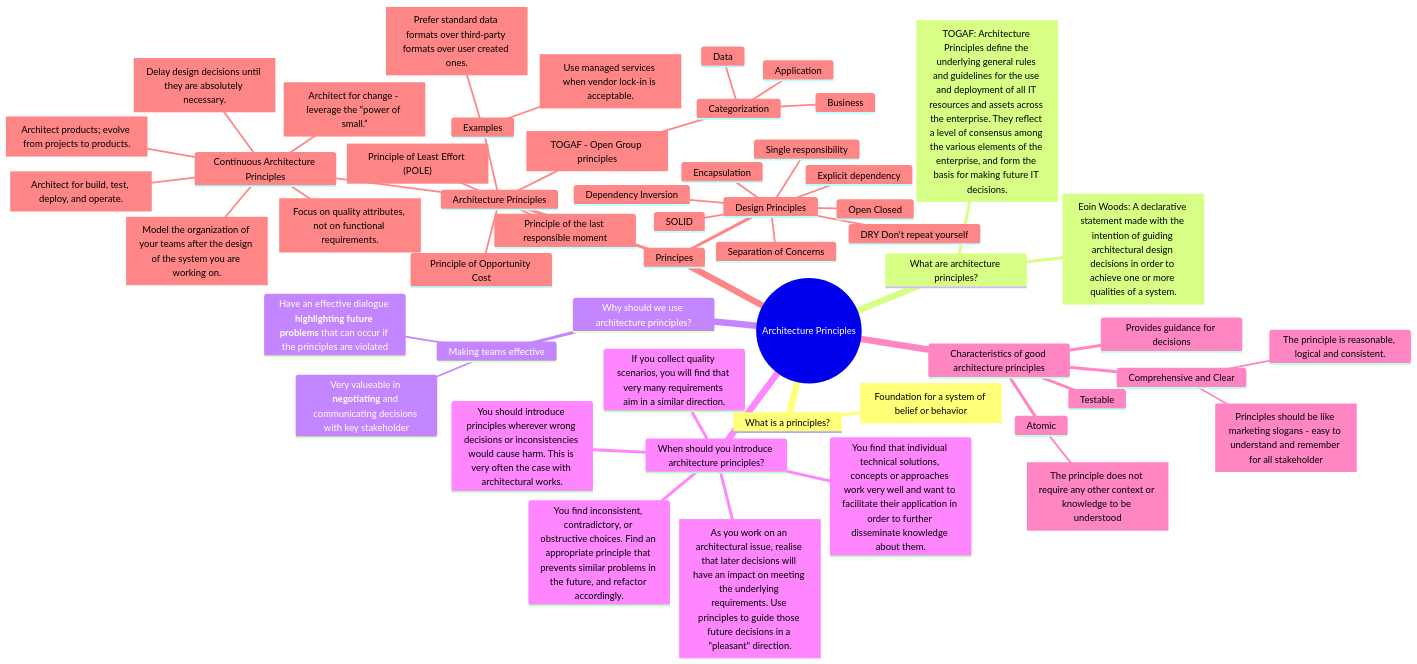
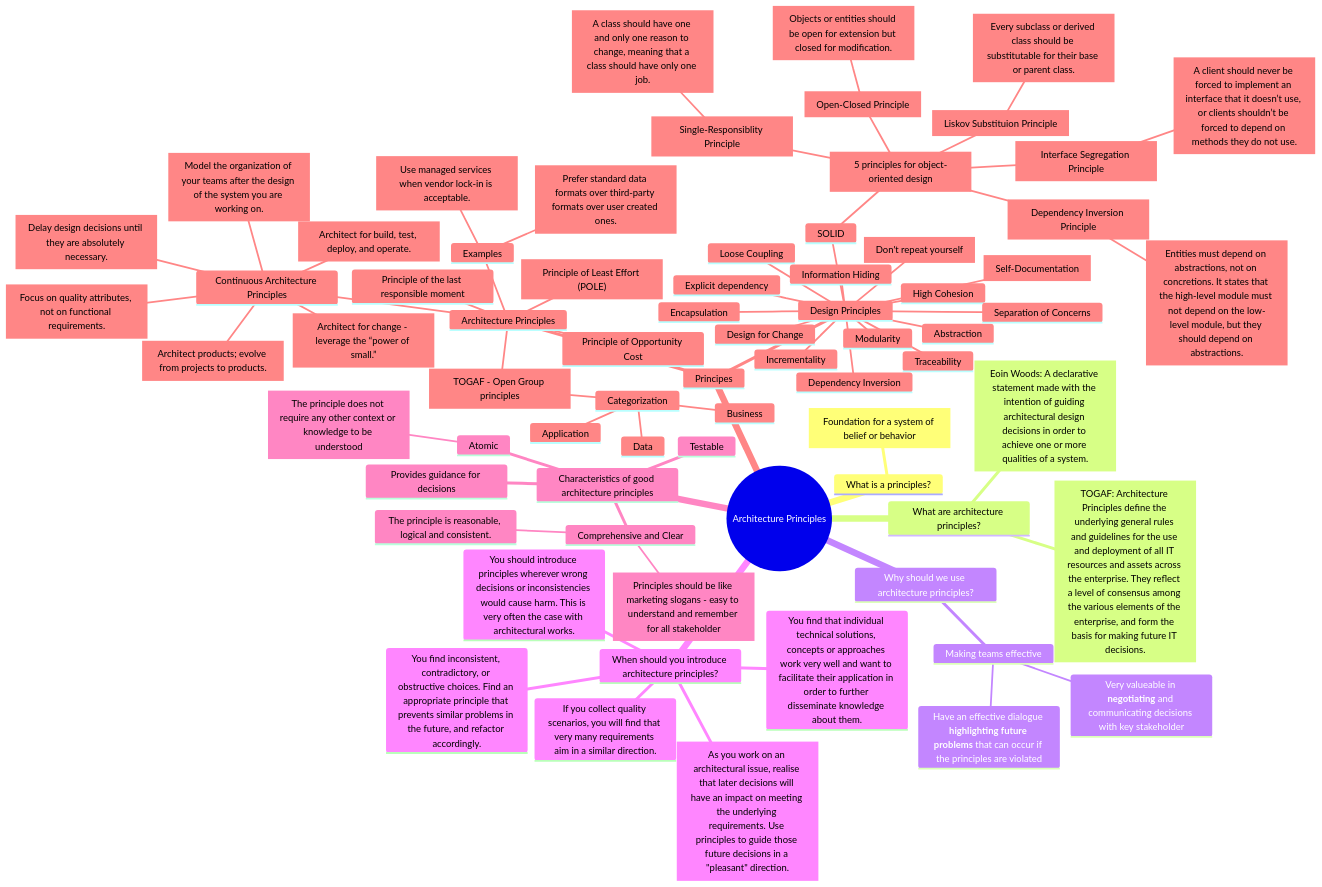
One commit to bitsmuggler/software-architecture-principles changed the diagram in README.md. Above: the diagram before and after it, drawn with Mermaid. The commit also changed other lines of this file, not shown here.

````diff
--- a/README.md
+++ b/README.md
@@ -5,56 +5,74 @@
 ```mermaid
 mindmap
   root((Architecture Principles))
     What is a principles?
         ["Foundation for a system of belief or behavior"]
     What are architecture principles?
         ["Eoin Woods: A declarative statement made with the intention of guiding architectural design decisions in order to achieve one or more qualities of a system."]
         ["TOGAF: Architecture Principles define the underlying general rules and guidelines for the use and deployment of all IT resources and assets across the enterprise. They reflect a level of consensus among the various elements of the enterprise, and form the basis for making future IT decisions."]
     Why should we use architecture principles?
         Making teams effective
             Very valueable in **negotiating** and communicating decisions with key stakeholder
             Have an effective dialogue **highlighting future problems** that can occur if the principles are violated
     When should you introduce architecture principles?
         You should introduce principles wherever wrong decisions or inconsistencies would cause harm. This is very often the case with architectural works.
         You find that individual technical solutions, concepts or approaches work very well and want to facilitate their application in order to further disseminate knowledge about them.
         You find inconsistent, contradictory, or obstructive choices. Find an appropriate principle that prevents similar problems in the future, and refactor accordingly.
         If you collect quality scenarios, you will find that very many requirements aim in a similar direction.
         [As you work on an architectural issue, realise that later decisions will have an impact on meeting the underlying requirements. Use principles to guide those future decisions in a "pleasant" direction.]
     Characteristics of good architecture principles
         Comprehensive and Clear
             The principle is reasonable, logical and consistent.
             ["Principles should be like marketing slogans - easy to understand and remember for all stakeholder"]
         Provides guidance for decisions
         Testable
         Atomic
             ["The principle does not require any other context or knowledge to be understood"]    
     Principes
         Architecture Principles
             ["Principle of Least Effort (POLE)"]
             Principle of Opportunity Cost
             Principle of the last responsible moment
             [TOGAF - Open Group principles]
                 Categorization
                     Business
                     Data
                     Application
             Continuous Architecture Principles
                 [Architect products; evolve from projects to products.]
                 [Focus on quality attributes, not on functional requirements.]
                 [Delay design decisions until they are absolutely necessary.]
                 [Architect for change - leverage the “power of small.”]
                 [Architect for build, test, deploy, and operate.]
                 [Model the organization of your teams after the design of the system you are working on.]
             Examples
                 [Use managed services when vendor lock-in is acceptable.]
                 [Prefer standard data formats over third-party formats over user created ones.]
         Design Principles
             SOLID
+                [5 principles for object-oriented design]
+                    [Single-Responsiblity Principle]
+                        [A class should have one and only one reason to change, meaning that a class should have only one job.]
+                    [Open-Closed Principle]
+                        [Objects or entities should be open for extension but closed for modification.]
+                    [Liskov Substituion Principle]
+                        [Every subclass or derived class should be substitutable for their base or parent class.]
+                    [Interface Segregation Principle]
+                        [A client should never be forced to implement an interface that it doesn’t use, or clients shouldn’t be forced to depend on methods they do not use.]
+                    [Dependency Inversion Principle]
+                        [Entities must depend on abstractions, not on concretions. It states that the high-level module must not depend on the low-level module, but they should depend on abstractions.]
+            Loose Coupling
+            High Cohesion
+            Design for Change
+            Information Hiding
+            Abstraction
+            Modularity
+            Traceability
+            [Self-Documentation]
+            Incrementality
             Separation of Concerns
             Encapsulation
-            DRY Don't repeat yourself
+            [Don't repeat yourself]
             Dependency Inversion
             Explicit dependency
-            Single responsibility
-            Open Closed
 ```
````
